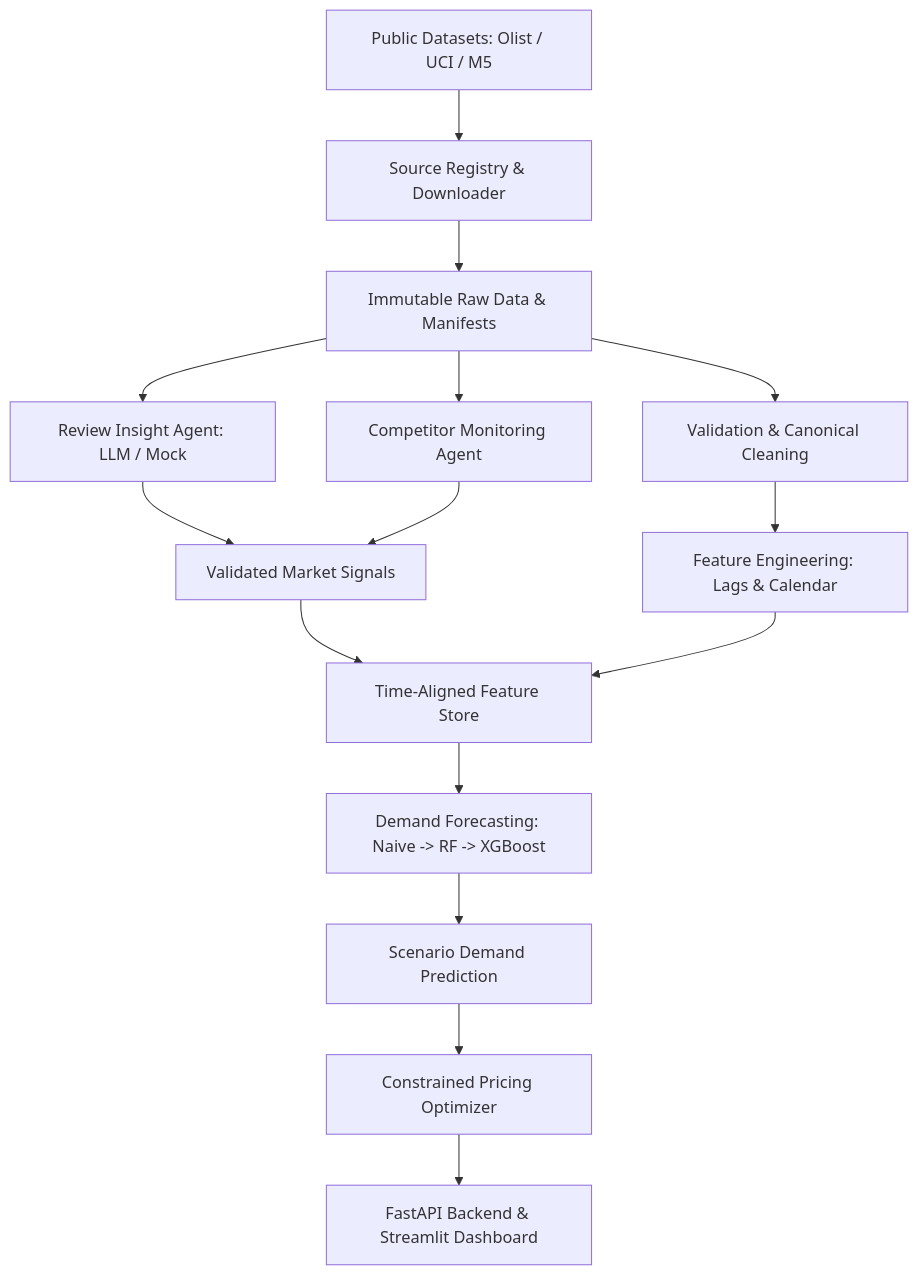
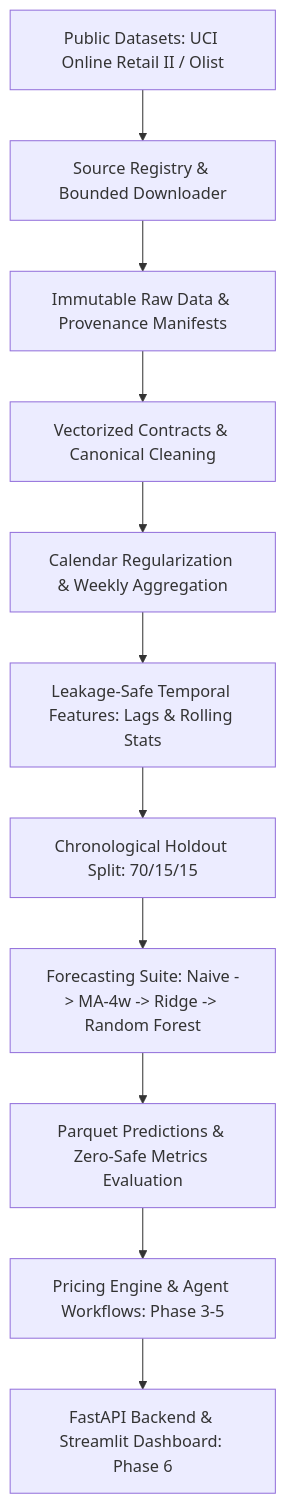
One commit to Gokulnaath-N/MarketLens-Agentic-Dynamic-Pricing-Intelligence-Platform changed the diagram in README.md. Above: the diagram before and after it, drawn with Mermaid. The commit also changed other lines of this file and 33 other files, not shown here.

Commit message:
feat(phase2): implement canonical modeling, leakage-safe features, and baseline forecasting

````diff
--- a/README.md
+++ b/README.md
@@ -31,17 +31,13 @@
 ```mermaid
 flowchart TD
-    A[Public Datasets: Olist / UCI / M5] --> B[Source Registry & Downloader]
-    B --> C[Immutable Raw Data & Manifests]
-    C --> D[Validation & Canonical Cleaning]
-    D --> E[Feature Engineering: Lags & Calendar]
-    C --> F[Review Insight Agent: LLM / Mock]
-    C --> G[Competitor Monitoring Agent]
-    F --> H[Validated Market Signals]
-    G --> H
-    H --> I[Time-Aligned Feature Store]
-    E --> I
-    I --> J[Demand Forecasting: Naive -> RF -> XGBoost]
-    J --> K[Scenario Demand Prediction]
-    K --> L[Constrained Pricing Optimizer]
-    L --> M[FastAPI Backend & Streamlit Dashboard]
+    A[Public Datasets: UCI Online Retail II / Olist] --> B[Source Registry & Bounded Downloader]
+    B --> C[Immutable Raw Data & Provenance Manifests]
+    C --> D[Vectorized Contracts & Canonical Cleaning]
+    D --> E[Calendar Regularization & Weekly Aggregation]
+    E --> F[Leakage-Safe Temporal Features: Lags & Rolling Stats]
+    F --> G[Chronological Holdout Split: 70/15/15]
+    G --> H[Forecasting Suite: Naive -> MA-4w -> Ridge -> Random Forest]
+    H --> I[Parquet Predictions & Zero-Safe Metrics Evaluation]
+    I --> J[Pricing Engine & Agent Workflows: Phase 3-5]
+    J --> K[FastAPI Backend & Streamlit Dashboard: Phase 6]
 ```
````
